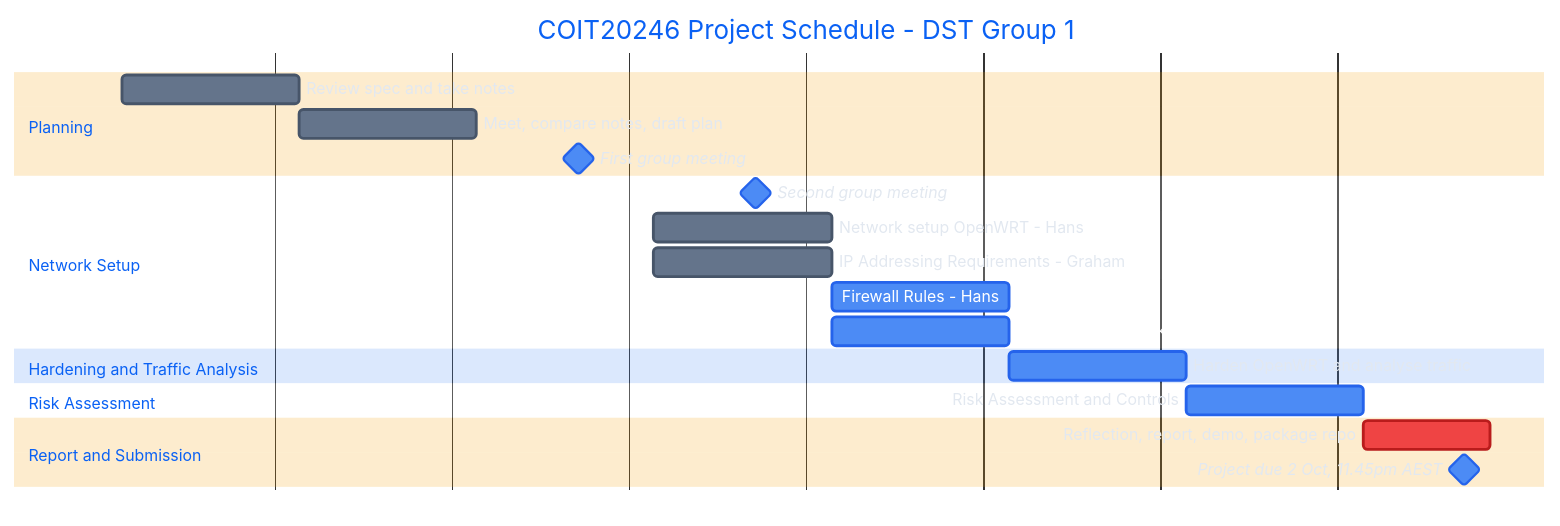
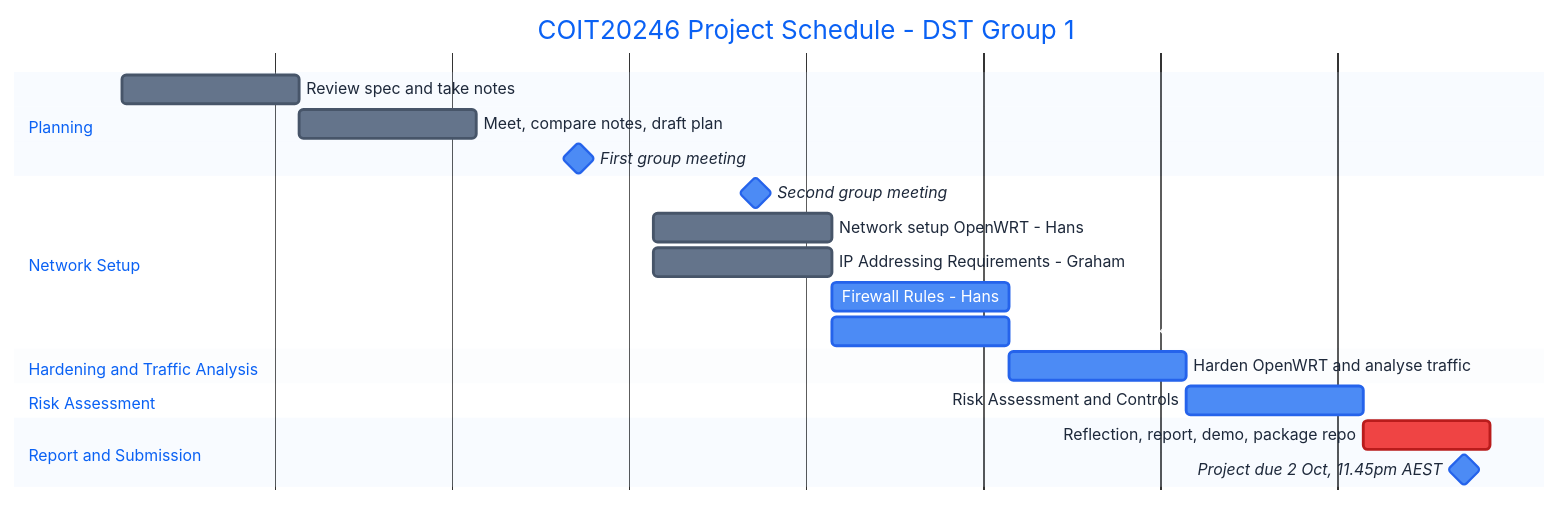
One commit to T22026-COIT20246-Project-30-MM/DST-Group-1 changed the diagram in plan.md. Above: the diagram before and after it, drawn with Mermaid.

Commit message:
Update theme variables in plan.md

````diff
--- a/plan.md
+++ b/plan.md
@@ -29,45 +29,48 @@
 ```mermaid
-%%{init: {'theme':'base', 'themeVariables': {
+%%{init: {'theme': 'base', 'themeVariables': {
   'fontSize': '20px',
   'primaryColor': '#4C8BF5',
   'primaryTextColor': '#fff',
   'primaryBorderColor': '#2563eb',
   'lineColor': '#94a3b8',
   'secondaryColor': '#22c55e',
   'tertiaryColor': '#f59e0b',
+  'sectionBkgColor': '#dbeafe',
+  'sectionBkgColor2': '#f1f5f9',
+  'altSectionBkgColor': '#ffffff',
   'doneTaskBkgColor': '#64748b',
   'doneTaskBorderColor': '#475569',
   'activeTaskBkgColor': '#4C8BF5',
   'activeTaskBorderColor': '#2563eb',
   'critBkgColor': '#ef4444',
   'critBorderColor': '#b91c1c',
   'taskTextColor': '#fff',
-  'taskTextOutsideColor': '#e2e8f0'
+  'taskTextOutsideColor': '#1e293b'
 }}}%%
 gantt
     title COIT20246 Project Schedule - DST Group 1
     dateFormat  YYYY-MM-DD
     axisFormat  %b %d
 
     section Planning
     Review spec and take notes         :done, w5, 2026-08-10, 7d
     Meet, compare notes, draft plan    :done, w6, 2026-08-17, 7d
     First group meeting                :milestone, m1, 2026-08-28, 0d
 
     section Network Setup
     Second group meeting                :milestone, m2, 2026-09-04, 0d
     Network setup OpenWRT - Hans            :done, w7a, 2026-08-31, 7d
     IP Addressing Requirements - Graham     :done, w7b, 2026-08-31, 7d
     Firewall Rules - Hans                   :active, w8a, after w7a, 7d
     Production Network Diagram - Graham     :active, w8b, after w7b, 7d
 
     section Hardening and Traffic Analysis
     Harden OpenWRT and analyse traffic      :w9, 2026-09-14, 7d
 
     section Risk Assessment
     Risk Assessment and Controls            :w10, 2026-09-21, 7d
 
     section Report and Submission
     Reflection, report, demo, package repo  :crit, w11, 2026-09-28, 5d
     Project due 2 Oct, 11.45pm AEST         :milestone, due, 2026-10-02, 0d
 ```
````
